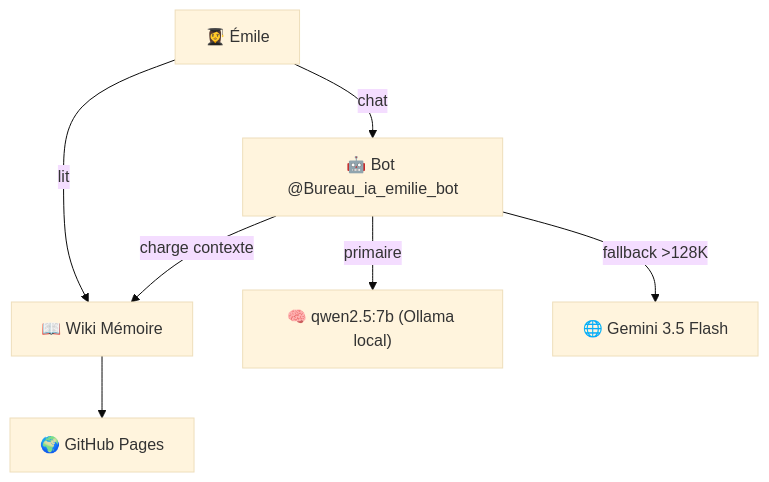
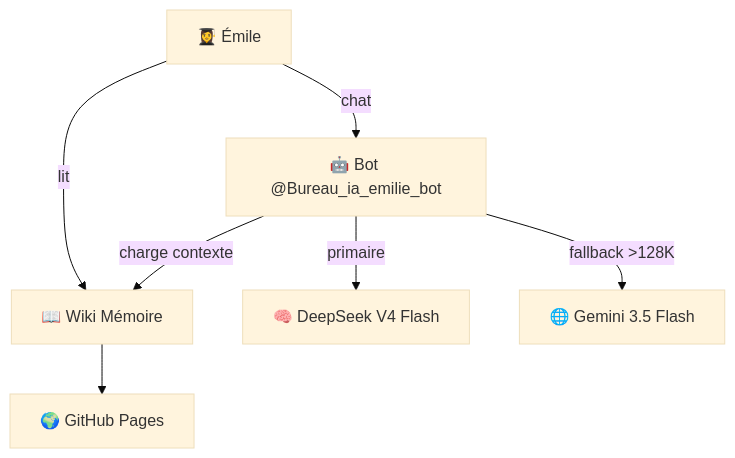
One commit to christophedanhier-hash/hermes-wiki changed the diagram in docs/hermes/bureaux/ch13-bureau-emile.md. Above: the diagram before and after it, drawn with Mermaid (base theme). The commit also changed other lines of this file and 55 other files, not shown here.

````diff
--- a/docs/hermes/bureaux/ch13-bureau-emile.md
+++ b/docs/hermes/bureaux/ch13-bureau-emile.md
@@ -21,9 +21,9 @@
 ```mermaid
 flowchart TB
     E[👩‍🎓 Émile] -->|chat| BOT["🤖 Bot @Bureau_ia_emilie_bot"]
     E -->|lit| WIKI["📖 Wiki Mémoire"]
-    BOT -->|primaire| DS["🧠 qwen2.5:7b (Ollama local)"]
+    BOT -->|primaire| DS["🧠 DeepSeek V4 Flash"]
     BOT -->|fallback >128K| GM["🌐 Gemini 3.5 Flash"]
     BOT -->|charge contexte| WIKI
     WIKI --> GH["🌍 GitHub Pages"]
 ```
````
